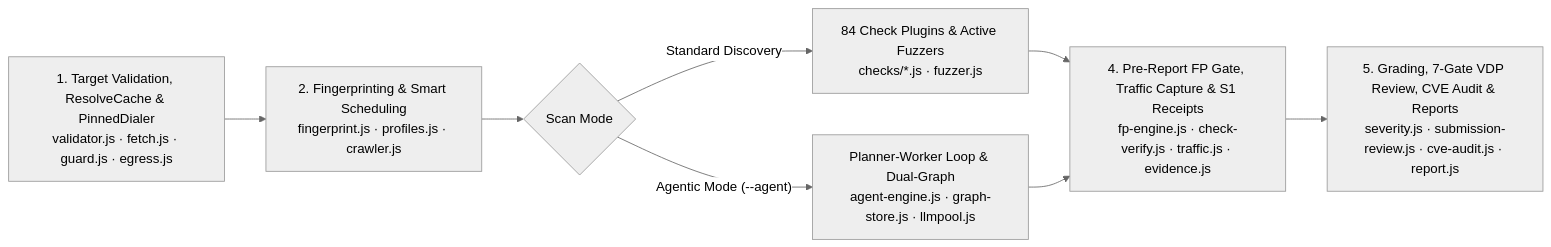
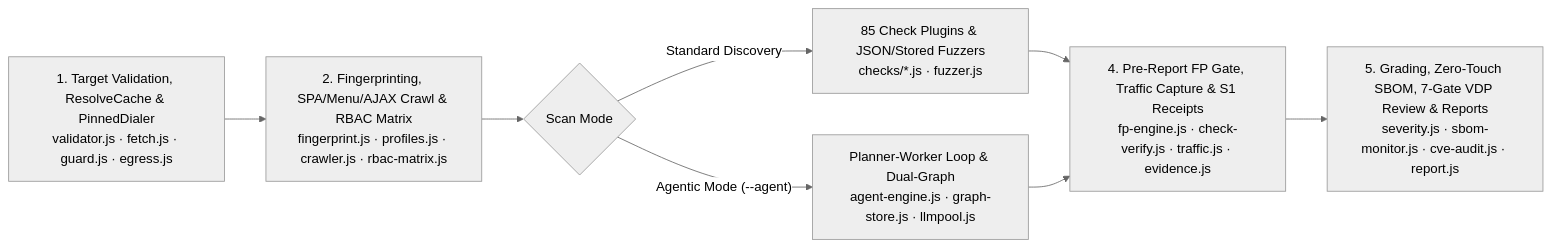
The diagram in README.md (adrianlaraperez88/security-scanner), drawn with Mermaid (neutral theme) before and after one commit. The commit also changed other lines of this file and 30 other files, not shown here.

Commit message:
feat: add Yii checks, saved target systems, zero-touch SBOM monitor, and LSR auth studio

````diff
--- a/README.md
+++ b/README.md
@@ -68,10 +69,10 @@
 ```mermaid
 flowchart LR
-    A["1. Target Validation, ResolveCache & PinnedDialer<br/>validator.js · fetch.js · guard.js · egress.js"] --> B["2. Fingerprinting & Smart Scheduling<br/>fingerprint.js · profiles.js · crawler.js"]
+    A["1. Target Validation, ResolveCache & PinnedDialer<br/>validator.js · fetch.js · guard.js · egress.js"] --> B["2. Fingerprinting, SPA/Menu/AJAX Crawl & RBAC Matrix<br/>fingerprint.js · profiles.js · crawler.js · rbac-matrix.js"]
     B --> C{"Scan Mode"}
-    C -->|Standard Discovery| D["84 Check Plugins & Active Fuzzers<br/>checks/*.js · fuzzer.js"]
+    C -->|Standard Discovery| D["85 Check Plugins & JSON/Stored Fuzzers<br/>checks/*.js · fuzzer.js"]
     C -->|"Agentic Mode (--agent)"| E["Planner-Worker Loop & Dual-Graph<br/>agent-engine.js · graph-store.js · llmpool.js"]
     D --> F["4. Pre-Report FP Gate, Traffic Capture & S1 Receipts<br/>fp-engine.js · check-verify.js · traffic.js · evidence.js"]
     E --> F
-    F --> G["5. Grading, 7-Gate VDP Review, CVE Audit & Reports<br/>severity.js · submission-review.js · cve-audit.js · report.js"]
+    F --> G["5. Grading, Zero-Touch SBOM, 7-Gate VDP Review & Reports<br/>severity.js · sbom-monitor.js · cve-audit.js · report.js"]
 ```
````
